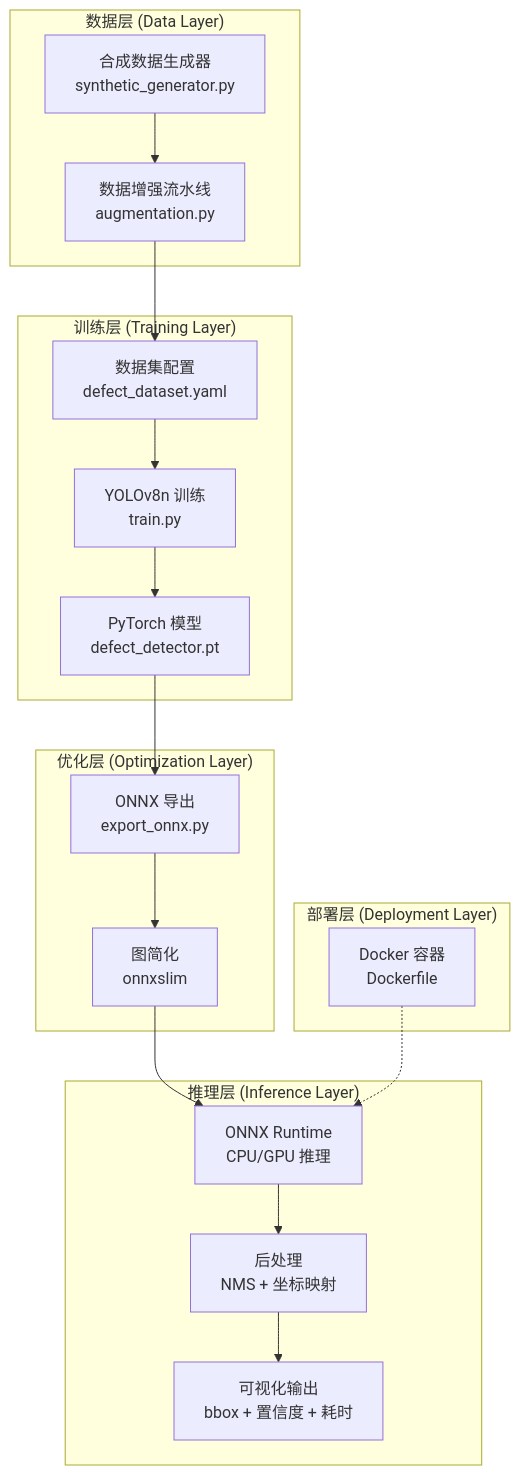
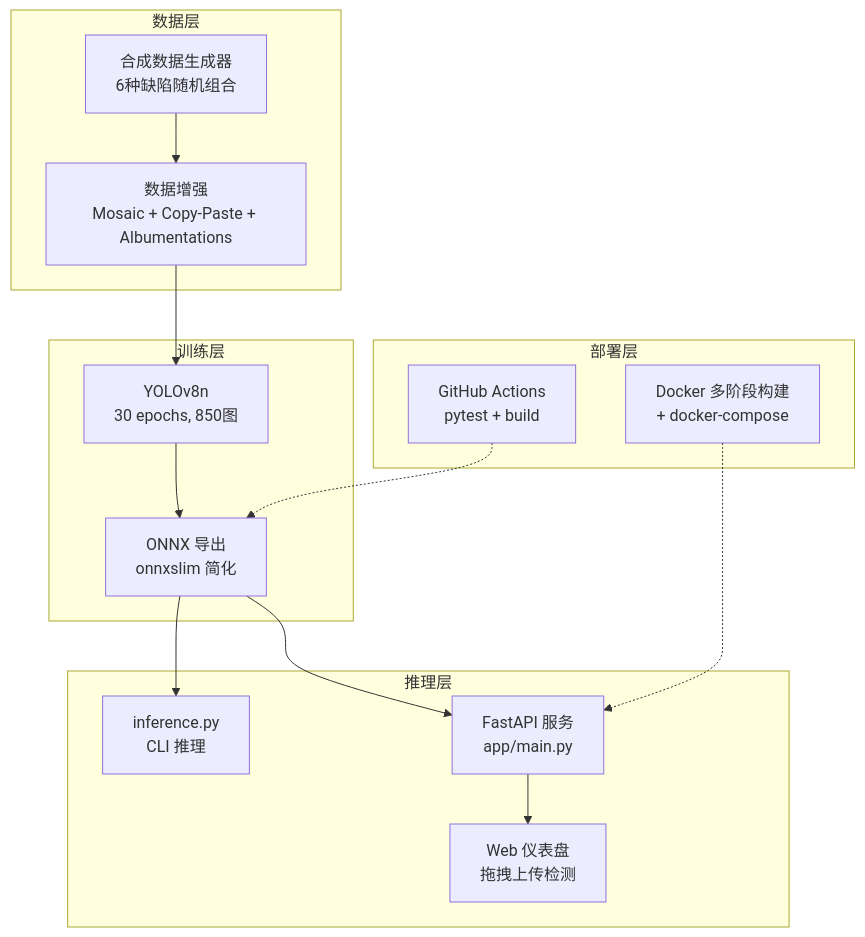
The first of 2 diagrams in README.md (Lynn051211/industrial-defect-detection), drawn with Mermaid before and after one commit. The commit also changed other lines of this file, not shown here.

Commit message:
docs: 更新 README（模型指标 + API 文档 + 企业级架构）

````diff
--- a/README.md
+++ b/README.md
@@ -7,38 +30,30 @@
 ```mermaid
 graph TD
-    subgraph "数据层 (Data Layer)"
-        GEN["合成数据生成器<br/>synthetic_generator.py"]
-        AUG["数据增强流水线<br/>augmentation.py"]
+    subgraph "数据层"
+        GEN["合成数据生成器<br/>6种缺陷随机组合"]
+        AUG["数据增强<br/>Mosaic + Copy-Paste + Albumentations"]
     end
 
-    subgraph "训练层 (Training Layer)"
-        YAML["数据集配置<br/>defect_dataset.yaml"]
-        YOLO["YOLOv8n 训练<br/>train.py"]
-        PT["PyTorch 模型<br/>defect_detector.pt"]
+    subgraph "训练层"
+        TRAIN["YOLOv8n<br/>30 epochs, 850图"]
+        EXPORT["ONNX 导出<br/>onnxslim 简化"]
     end
 
-    subgraph "优化层 (Optimization Layer)"
-        ONNX["ONNX 导出<br/>export_onnx.py"]
-        SLIM["图简化<br/>onnxslim"]
+    subgraph "推理层"
+        INF["inference.py<br/>CLI 推理"]
+        API["FastAPI 服务<br/>app/main.py"]
+        WEB["Web 仪表盘<br/>拖拽上传检测"]
     end
 
-    subgraph "推理层 (Inference Layer)"
-        ORT["ONNX Runtime<br/>CPU/GPU 推理"]
-        POST["后处理<br/>NMS + 坐标映射"]
-        VIS["可视化输出<br/>bbox + 置信度 + 耗时"]
+    subgraph "部署层"
+        DOCKER["Docker 多阶段构建<br/>+ docker-compose"]
+        CI["GitHub Actions<br/>pytest + build"]
     end
 
-    subgraph "部署层 (Deployment Layer)"
-        DOCKER["Docker 容器<br/>Dockerfile"]
-    end
-
-    GEN --> AUG
-    AUG --> YAML
-    YAML --> YOLO
-    YOLO --> PT
-    PT --> ONNX
-    ONNX --> SLIM
-    SLIM --> ORT
-    ORT --> POST --> VIS
-    DOCKER -.-> ORT
+    GEN --> AUG --> TRAIN --> EXPORT
+    EXPORT --> INF
+    EXPORT --> API
+    API --> WEB
+    DOCKER -.-> API
+    CI -.-> EXPORT
 ```
````
